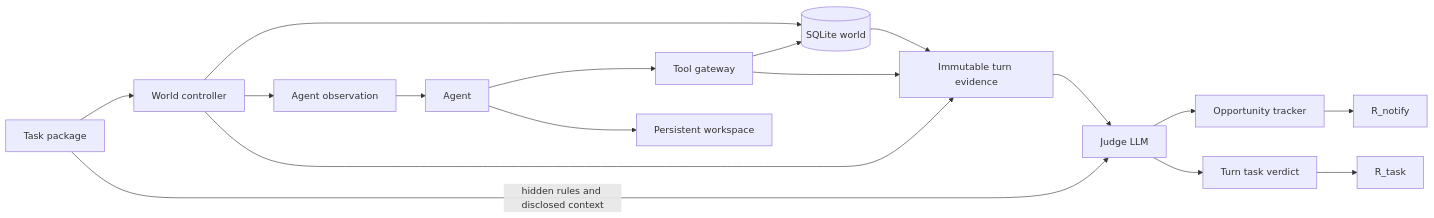
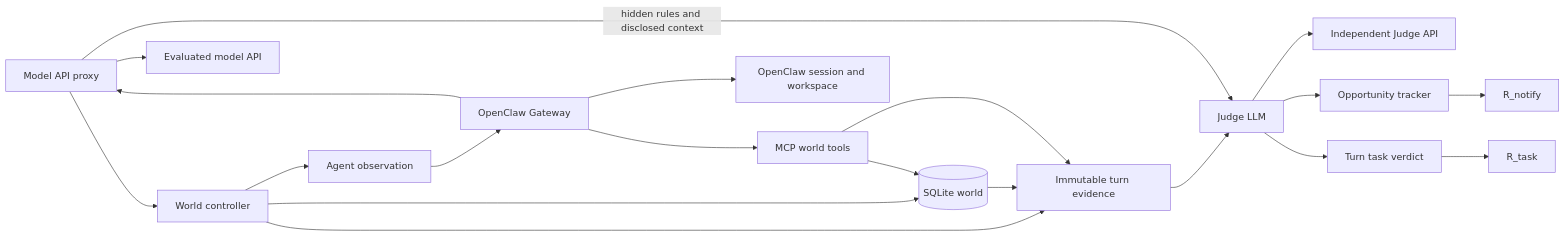
The diagram in README.md (Aidank-cy/proactive-agent-benchmark), drawn with Mermaid before and after one commit. The commit also changed other lines of this file and 20 other files, not shown here.

Commit message:
Integrate OpenClaw Gateway and isolated Docker API evaluation

````diff
--- a/README.md
+++ b/README.md
@@ -7,19 +7,22 @@
 ```mermaid
 flowchart LR
   P[Task package] --> C[World controller]
   C --> W[(SQLite world)]
   C --> O[Agent observation]
-  O --> A[Agent]
-  A --> G[Tool gateway]
+  O --> A[OpenClaw Gateway]
+  A --> P[Model API proxy]
+  P --> L[Evaluated model API]
+  A --> G[MCP world tools]
   G --> W
-  A --> M[Persistent workspace]
+  A --> M[OpenClaw session and workspace]
   C --> E[Immutable turn evidence]
   W --> E
   G --> E
   E --> J[Judge LLM]
+  J --> K[Independent Judge API]
   P -->|hidden rules and disclosed context| J
   J --> T[Opportunity tracker]
   J --> S[Turn task verdict]
   T --> R[R_notify]
   S --> Q[R_task]
 ```
````
